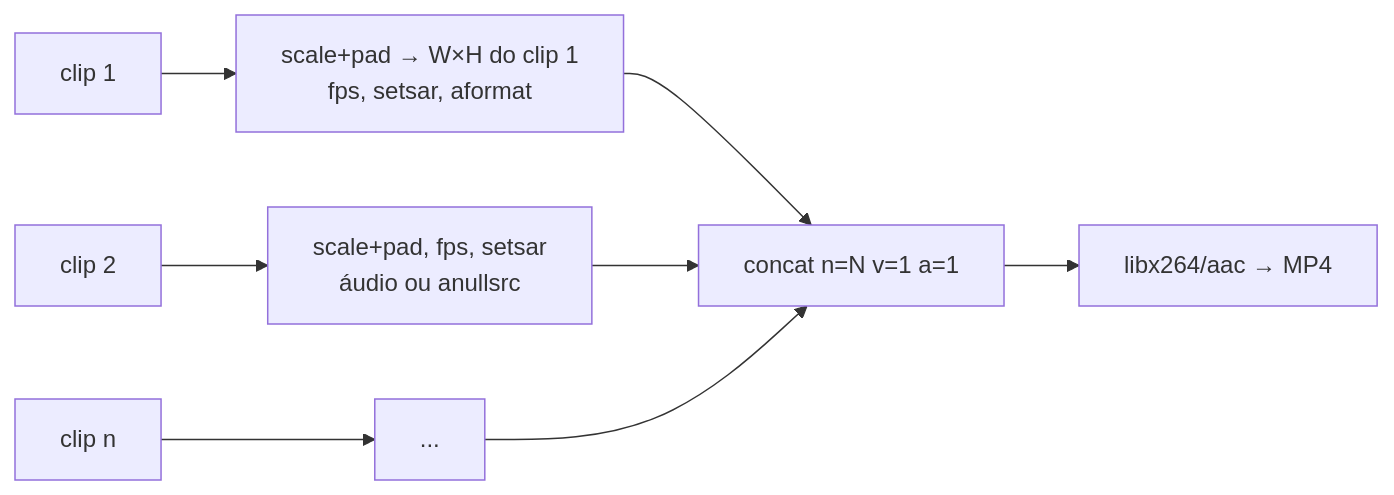
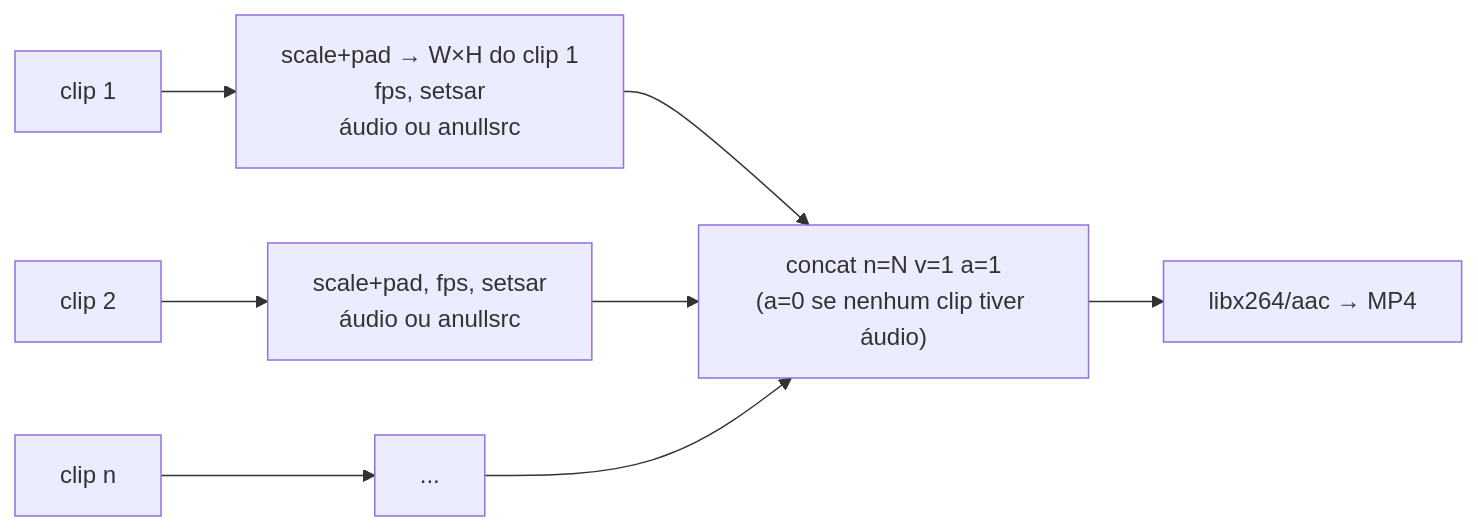
One commit to luis444coelho/picturas-27-extension changed the sixth of 8 diagrams in docs/add.md. Above: the diagram before and after it, drawn with Mermaid. The commit also changed other lines of this file, not shown here.

````diff
--- a/docs/add.md
+++ b/docs/add.md
@@ -860,10 +930,10 @@
 ```mermaid
 flowchart LR
-    V1[clip 1] --> N1[scale+pad → W×H do clip 1<br/>fps, setsar, aformat]
+    V1[clip 1] --> N1[scale+pad → W×H do clip 1<br/>fps, setsar<br/>áudio ou anullsrc]
     V2[clip 2] --> N2[scale+pad, fps, setsar<br/>áudio ou anullsrc]
     Vn[clip n] --> Nn[...]
-    N1 --> C[concat n=N v=1 a=1]
+    N1 --> C["concat n=N v=1 a=1<br/>(a=0 se nenhum clip tiver áudio)"]
     N2 --> C
     Nn --> C
     C --> O[libx264/aac → MP4]
 ```
````
